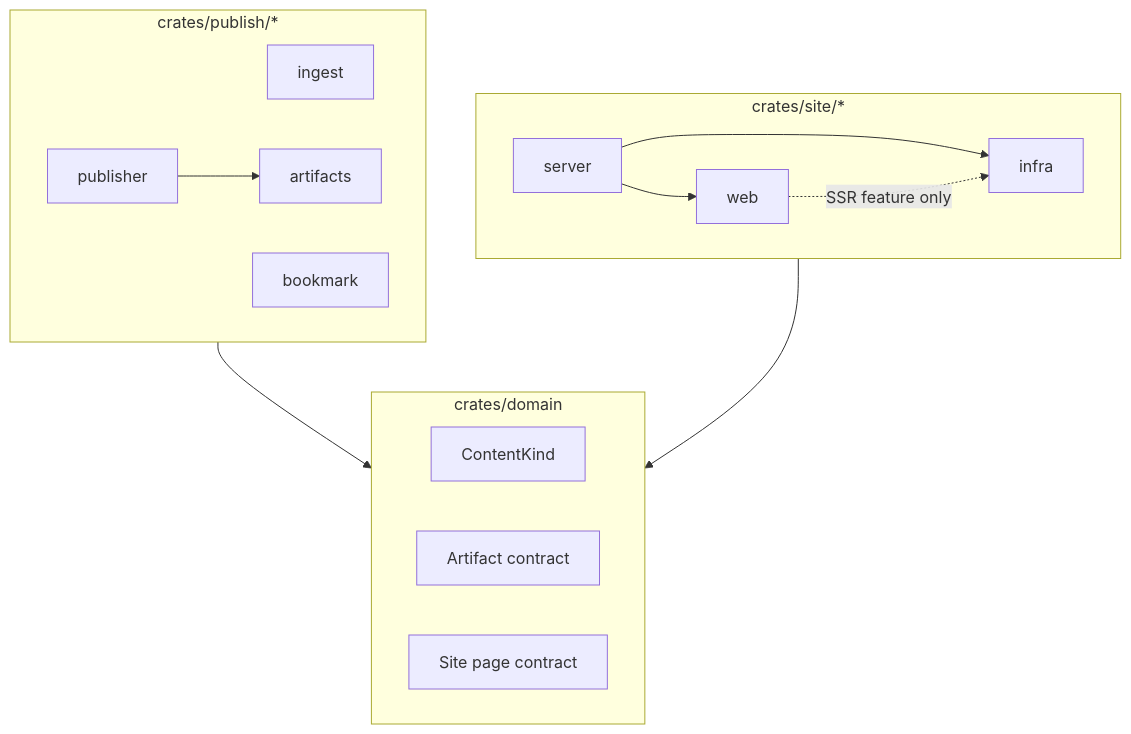
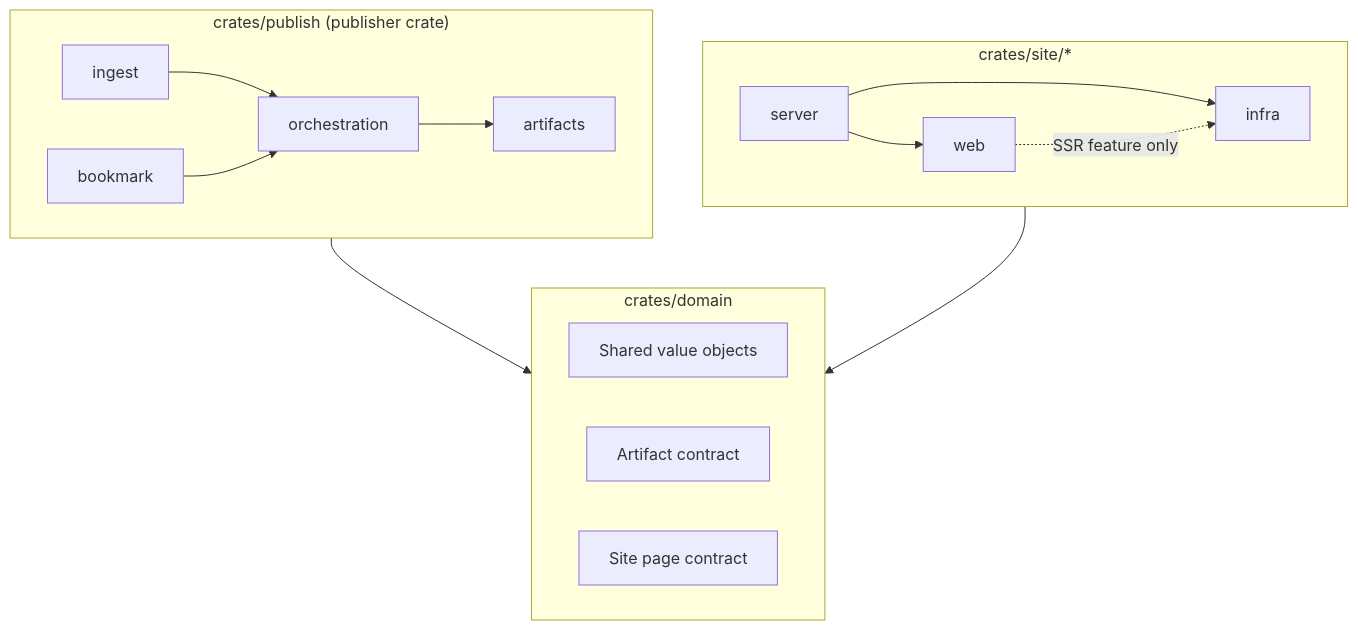
The second of 4 diagrams in docs/architecture/architecture.md (okawak/okawak_blog), drawn with Mermaid before and after one commit. The commit also changed other lines of this file and 35 other files, not shown here.

First line of the commit message:
refactor: consolidate publish crate (#131)

````diff
--- a/docs/architecture/architecture.md
+++ b/docs/architecture/architecture.md
@@ -105,28 +93,30 @@
 ```mermaid
 flowchart TB
     subgraph Domain["crates/domain"]
-        D1[ContentKind]
+        D1[Shared value objects]
         D2[Artifact contract]
         D3[Site page contract]
     end
 
-    subgraph Publish["crates/publish/*"]
+    subgraph Publish["crates/publish (publisher crate)"]
         P1[ingest]
         P2[bookmark]
-        P3[publisher]
+        P3[orchestration]
         P4[artifacts]
     end
 
     subgraph Site["crates/site/*"]
         S1[infra]
         S2[server]
         S3[web]
     end
 
     Publish --> Domain
     Site --> Domain
+    P1 --> P3
+    P2 --> P3
     P3 --> P4
     S2 --> S1
     S2 --> S3
     S3 -. "SSR feature only" .-> S1
 ```
````
